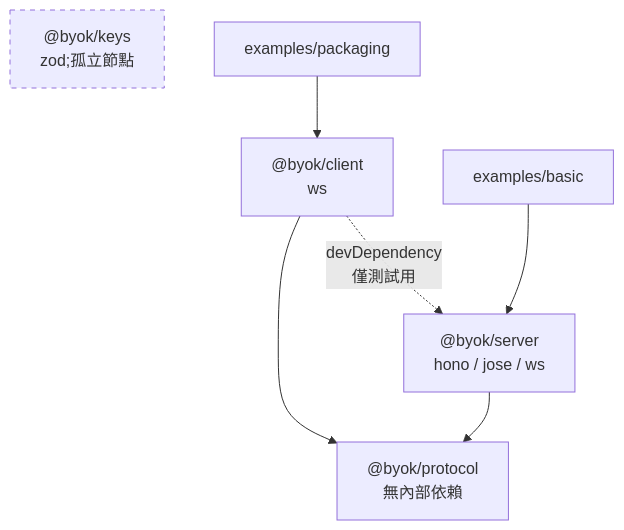
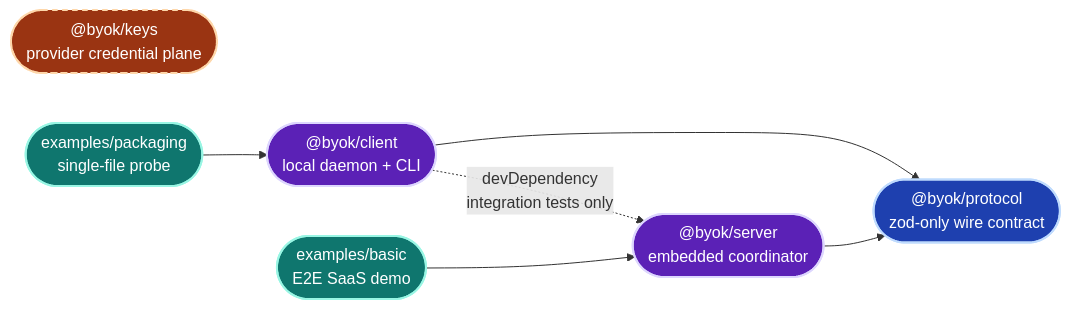
One commit to Ancienttwo/byok-sdk changed the second of 19 diagrams in docs/architecture/sdk-architecture.md. Above: the diagram before and after it, drawn with Mermaid. The commit also changed other lines of this file and 5 other files, not shown here.

````diff
--- a/docs/architecture/sdk-architecture.md
+++ b/docs/architecture/sdk-architecture.md
@@ -63,17 +101,23 @@
 ```mermaid
-flowchart TB
-  PROTO["@byok/protocol<br/>無內部依賴"]
-  SERVER["@byok/server<br/>hono / jose / ws"]
-  CLIENT["@byok/client<br/>ws"]
-  KEYS["@byok/keys<br/>zod;孤立節點"]
-  EXB["examples/basic"]
-  EXP["examples/packaging"]
+flowchart LR
+  classDef contract fill:#1e40af,stroke:#bfdbfe,stroke-width:2px,color:#fff
+  classDef runtime fill:#5b21b6,stroke:#ddd6fe,stroke-width:2px,color:#fff
+  classDef key fill:#9a3412,stroke:#fed7aa,stroke-width:2px,color:#fff
+  classDef example fill:#0f766e,stroke:#99f6e4,stroke-width:2px,color:#fff
+  classDef dev fill:#374151,stroke:#d1d5db,stroke-width:2px,color:#fff
 
-  SERVER --> PROTO
-  CLIENT --> PROTO
-  CLIENT -.->|"devDependency<br/>僅測試用"| SERVER
-  EXB --> SERVER
-  EXP --> CLIENT
+  Protocol(["@byok/protocol<br/>zod-only wire contract"]):::contract
+  Server(["@byok/server<br/>embedded coordinator"]):::runtime
+  Client(["@byok/client<br/>local daemon + CLI"]):::runtime
+  Keys(["@byok/keys<br/>provider credential plane"]):::key
+  Basic(["examples/basic<br/>E2E SaaS demo"]):::example
+  Packaging(["examples/packaging<br/>single-file probe"]):::example
 
-  style KEYS stroke-dasharray: 5 5
+  Server --> Protocol
+  Client --> Protocol
+  Client -.->|"devDependency<br/>integration tests only"| Server
+  Basic --> Server
+  Packaging --> Client
+
+  style Keys stroke-dasharray:5 5
 ```
````
